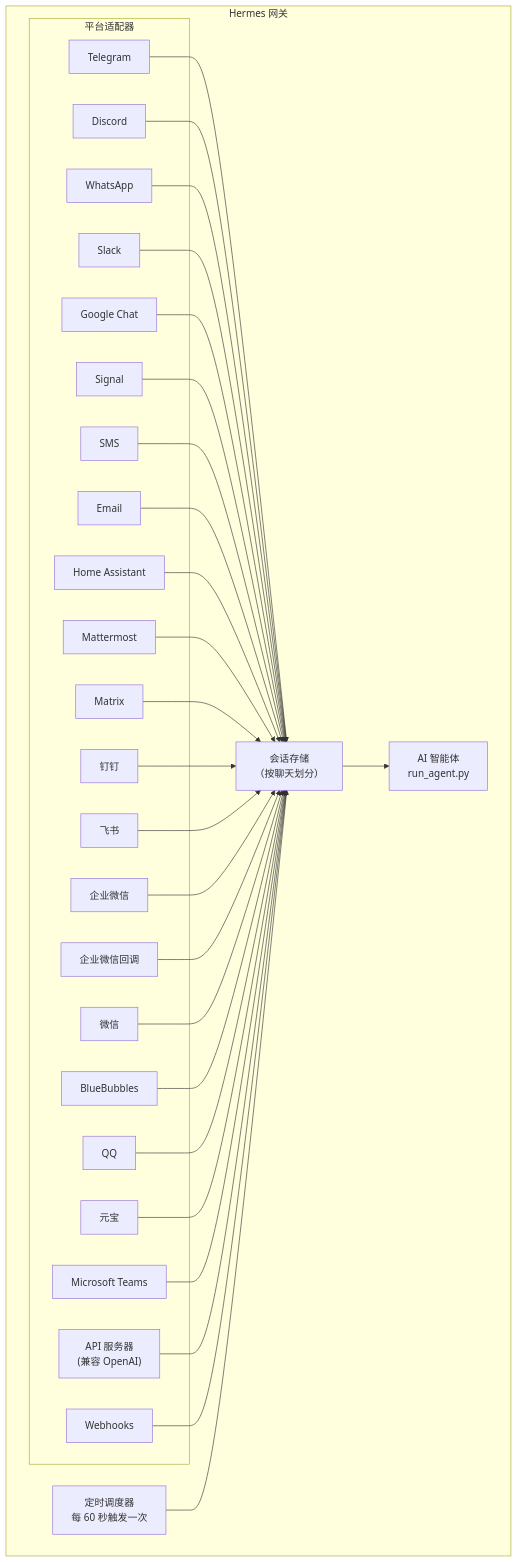
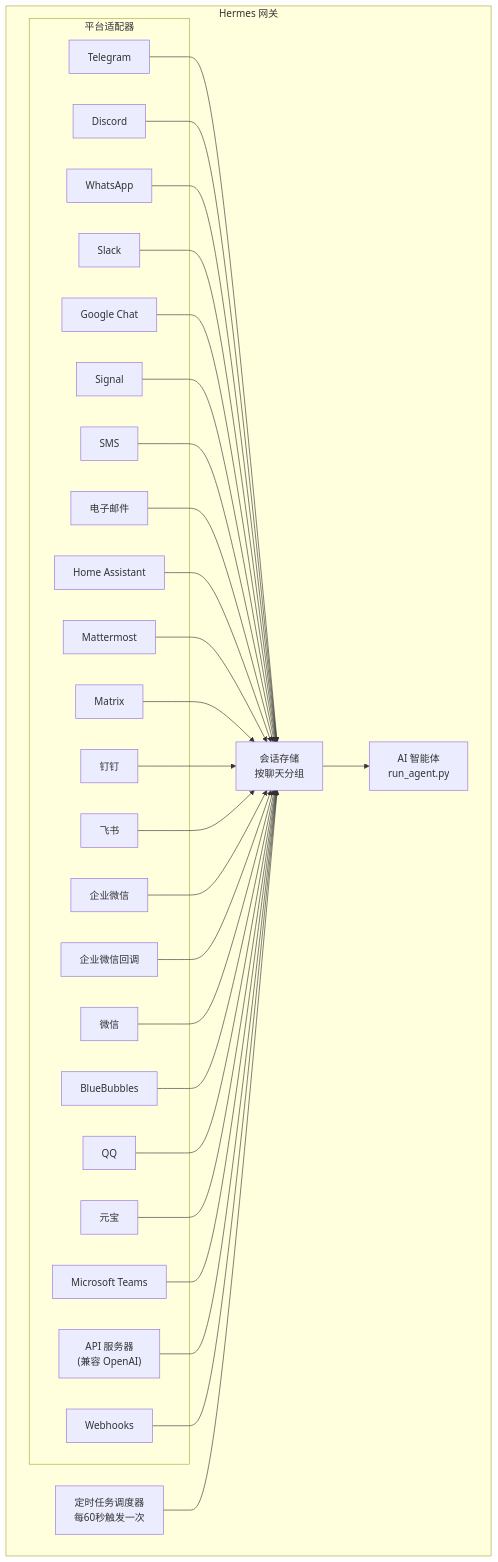
The diagram in i18n/zh-CN/docusaurus-plugin-content-docs/current/user-guide/messaging/index.md (renxia/hermes-agent-docs), drawn with Mermaid before and after one commit. The commit also changed other lines of this file and 445 other files, not shown here.

````diff
--- a/i18n/zh-CN/docusaurus-plugin-content-docs/current/user-guide/messaging/index.md
+++ b/i18n/zh-CN/docusaurus-plugin-content-docs/current/user-guide/messaging/index.md
@@ -43,58 +44,58 @@
 ```mermaid
 flowchart TB
     subgraph Gateway["Hermes 网关"]
         subgraph Adapters["平台适配器"]
             tg[Telegram]
             dc[Discord]
             wa[WhatsApp]
             sl[Slack]
             gc[Google Chat]
             sig[Signal]
             sms[SMS]
-            em[Email]
+            em[电子邮件]
             ha[Home Assistant]
             mm[Mattermost]
             mx[Matrix]
             dt[钉钉]
     fs[飞书]
     wc[企业微信]
     wcb[企业微信回调]
     wx[微信]
     bb[BlueBubbles]
     qq[QQ]
     yb[元宝]
     ms[Microsoft Teams]
     api["API 服务器<br/>(兼容 OpenAI)"]
     wh[Webhooks]
         end
 
-        store["会话存储<br/>（按聊天划分）"]
+        store["会话存储<br/>按聊天分组"]
         agent["AI 智能体<br/>run_agent.py"]
-        cron["定时调度器<br/>每 60 秒触发一次"]
+        cron["定时任务调度器<br/>每60秒触发一次"]
     end
 
     tg --> store
     dc --> store
     wa --> store
     sl --> store
     gc --> store
     sig --> store
     sms --> store
     em --> store
     ha --> store
     mm --> store
     mx --> store
     dt --> store
     fs --> store
     wc --> store
     wcb --> store
     wx --> store
     bb --> store
     qq --> store
     yb --> store
     ms --> store
     api --> store
     wh --> store
     store --> agent
     cron --> store
 ```
````
